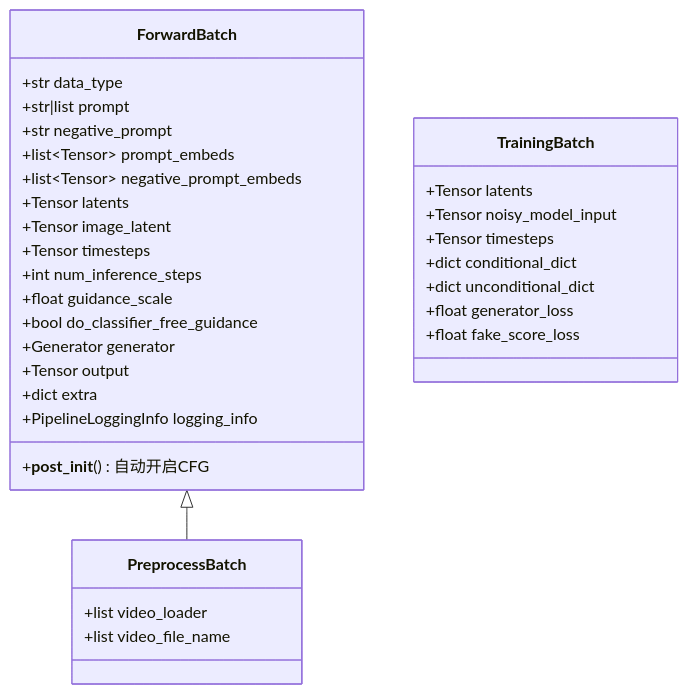
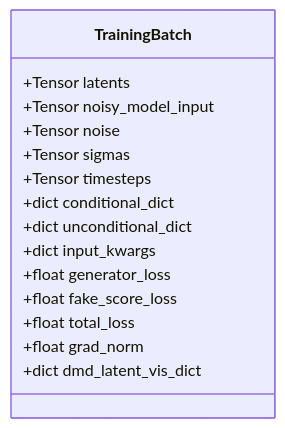
Before and after one commit to Huangzjun/FlashGen: the third of 11 diagrams in docs/架构设计.md, drawn with Mermaid. The commit also changed other lines of this file and 82 other files, not shown here.

````diff
--- a/docs/架构设计.md
+++ b/docs/架构设计.md
@@ -141,35 +233,18 @@
 ```mermaid
 classDiagram
-    class ForwardBatch {
-        +str data_type
-        +str|list prompt
-        +str negative_prompt
-        +list~Tensor~ prompt_embeds
-        +list~Tensor~ negative_prompt_embeds
-        +Tensor latents
-        +Tensor image_latent
-        +Tensor timesteps
-        +int num_inference_steps
-        +float guidance_scale
-        +bool do_classifier_free_guidance
-        +Generator generator
-        +Tensor output
-        +dict extra
-        +PipelineLoggingInfo logging_info
-        +__post_init__() 自动开启CFG
-    }
     class TrainingBatch {
         +Tensor latents
         +Tensor noisy_model_input
+        +Tensor noise
+        +Tensor sigmas
         +Tensor timesteps
         +dict conditional_dict
         +dict unconditional_dict
+        +dict input_kwargs
         +float generator_loss
         +float fake_score_loss
+        +float total_loss
+        +float grad_norm
+        +dict dmd_latent_vis_dict
     }
-    class PreprocessBatch {
-        +list video_loader
-        +list video_file_name
-    }
-    ForwardBatch <|-- PreprocessBatch
 ```
````
